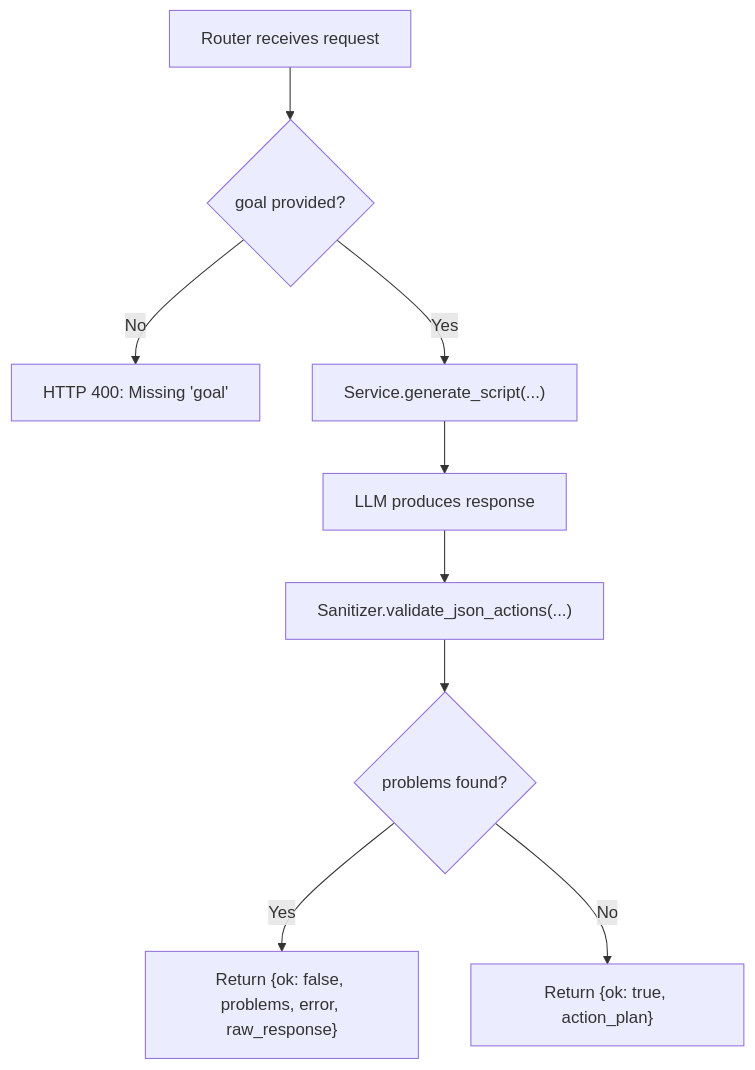
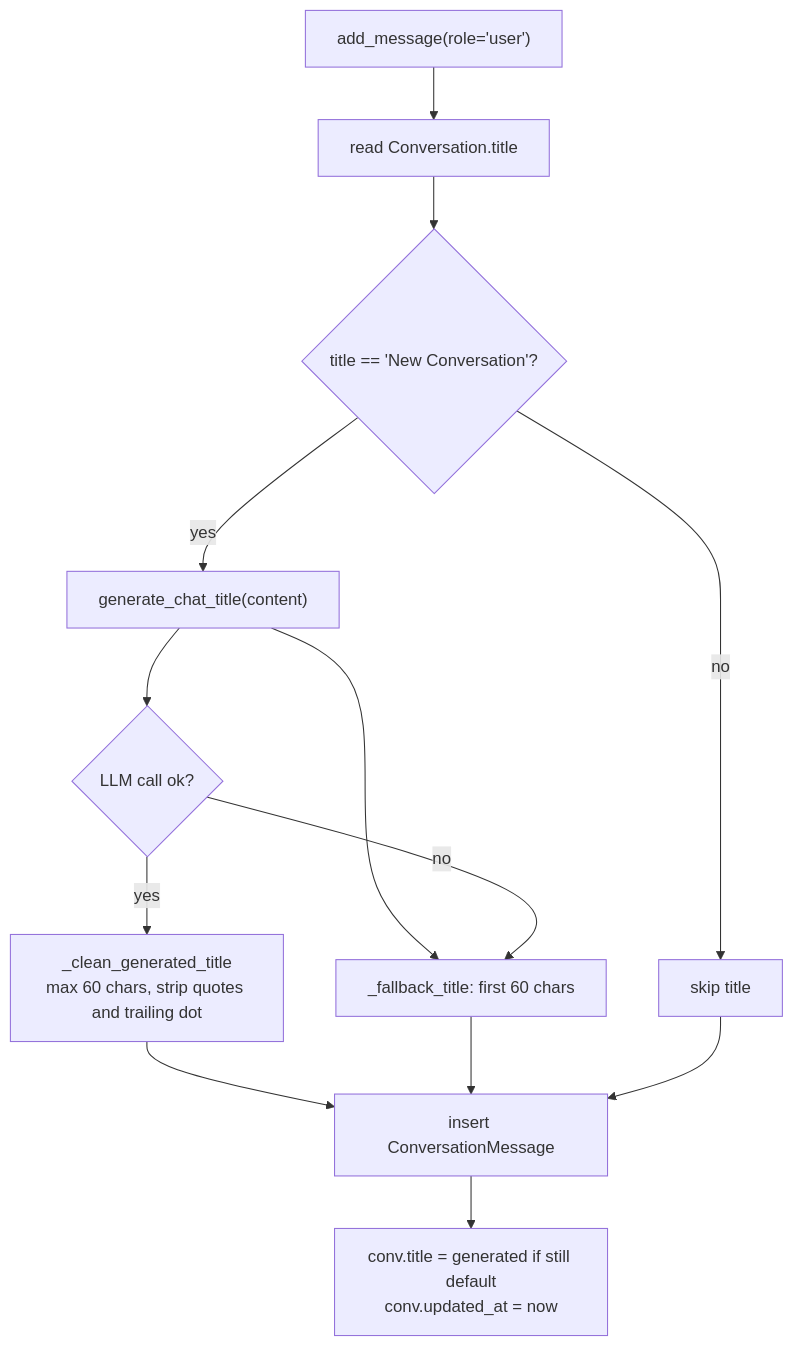
Before and after one commit to tashifkhan/tashif.codes: the third of 7 diagrams in src/data/docs/agentic-browser/Data Models and Schemas/Agent Communication Models.md, drawn with Mermaid. The commit also changed other lines of this file and 114 other files, not shown here.

````diff
--- a/src/data/docs/agentic-browser/Data Models and Schemas/Agent Communication Models.md
+++ b/src/data/docs/agentic-browser/Data Models and Schemas/Agent Communication Models.md
@@ -217,11 +113,15 @@
 ```mermaid
 flowchart TD
-A["Router receives request"] --> B{"goal provided?"}
-B -- No --> E["HTTP 400: Missing 'goal'"]
-B -- Yes --> C["Service.generate_script(...)"]
-C --> D["LLM produces response"]
-D --> F["Sanitizer.validate_json_actions(...)"]
-F --> G{"problems found?"}
-G -- Yes --> H["Return {ok: false, problems, error, raw_response}"]
-G -- No --> I["Return {ok: true, action_plan}"]
+  A["add_message(role='user')"] --> B["read Conversation.title"]
+  B --> C{"title == 'New Conversation'?"}
+  C -->|"yes"| D["generate_chat_title(content)"]
+  D --> E["_fallback_title: first 60 chars"]
+  D --> F{"LLM call ok?"}
+  F -->|"yes"| G["_clean_generated_title<br/>max 60 chars, strip quotes and trailing dot"]
+  F -->|"no"| E
+  C -->|"no"| H["skip title"]
+  G --> I["insert ConversationMessage"]
+  E --> I
+  H --> I
+  I --> J["conv.title = generated if still default<br/>conv.updated_at = now"]
 ```
````
